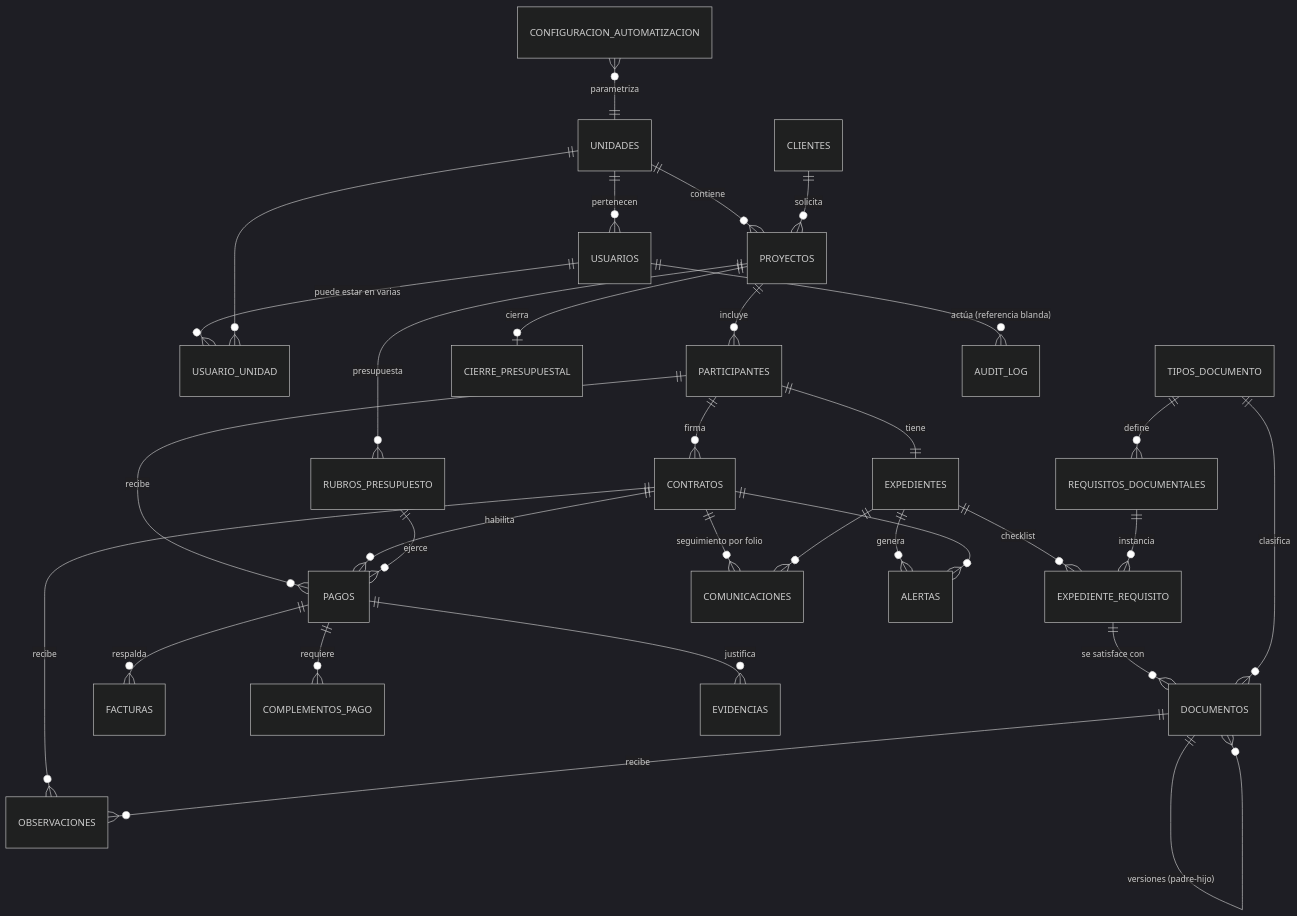
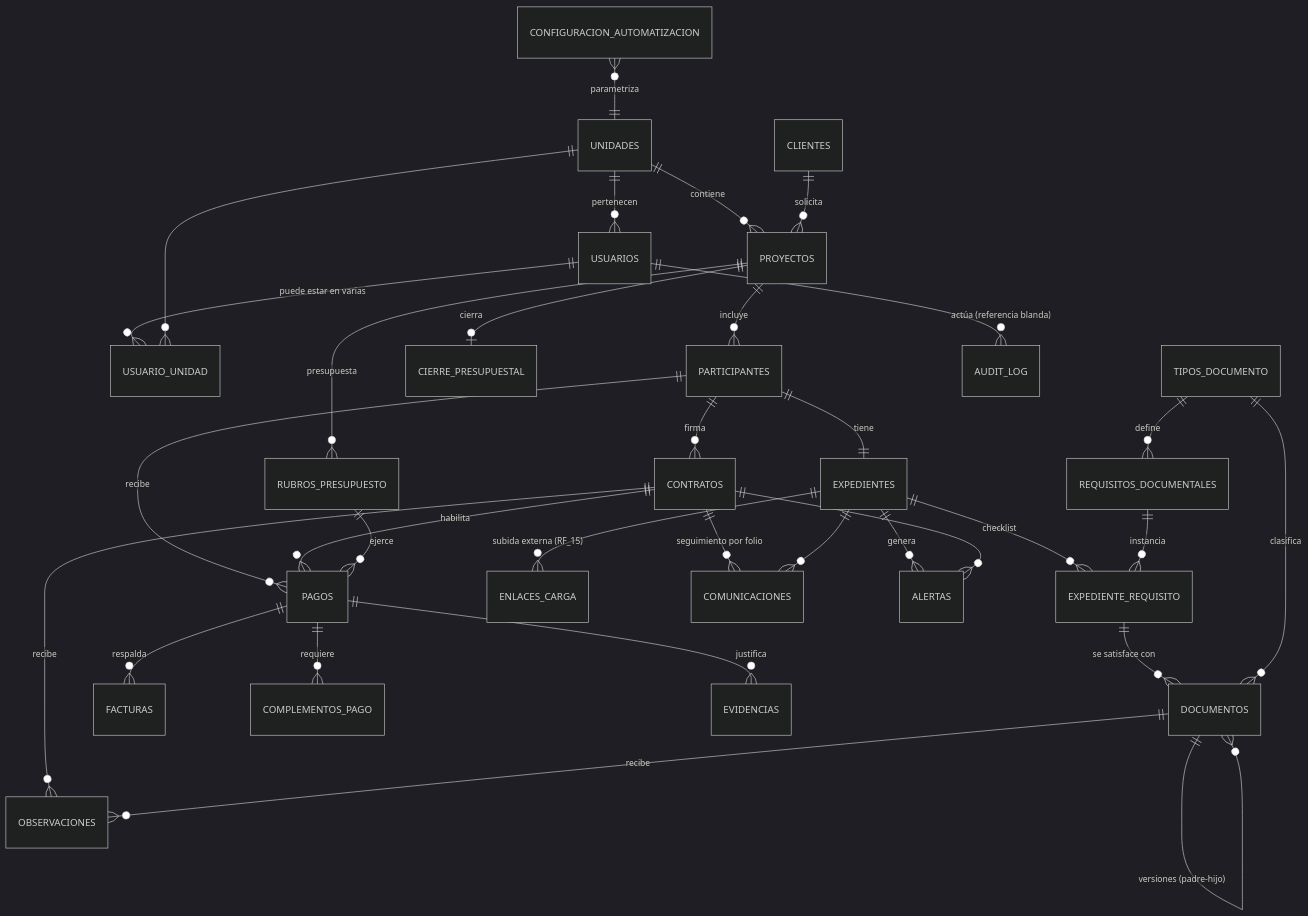
One commit to mirandajuan3007-bit/SistemaOrgananizacion changed the diagram in sistema_organizacion/diseño/modelo_de_datos.md. Above: the diagram before and after it, drawn with Mermaid (dark theme). The commit also changed other lines of this file and 18 other files, not shown here.

````diff
--- a/sistema_organizacion/diseño/modelo_de_datos.md
+++ b/sistema_organizacion/diseño/modelo_de_datos.md
@@ -55,40 +55,41 @@
 ```mermaid
 erDiagram
     UNIDADES ||--o{ USUARIOS : "pertenecen"
     UNIDADES ||--o{ PROYECTOS : "contiene"
     USUARIOS ||--o{ USUARIO_UNIDAD : "puede estar en varias"
     UNIDADES ||--o{ USUARIO_UNIDAD : ""
 
     CLIENTES ||--o{ PROYECTOS : "solicita"
     PROYECTOS ||--o{ PARTICIPANTES : "incluye"
     PROYECTOS ||--o{ RUBROS_PRESUPUESTO : "presupuesta"
     PROYECTOS ||--o| CIERRE_PRESUPUESTAL : "cierra"
 
     PARTICIPANTES ||--|| EXPEDIENTES : "tiene"
     PARTICIPANTES ||--o{ CONTRATOS : "firma"
     PARTICIPANTES ||--o{ PAGOS : "recibe"
 
     EXPEDIENTES ||--o{ EXPEDIENTE_REQUISITO : "checklist"
     TIPOS_DOCUMENTO ||--o{ REQUISITOS_DOCUMENTALES : "define"
     REQUISITOS_DOCUMENTALES ||--o{ EXPEDIENTE_REQUISITO : "instancia"
     EXPEDIENTE_REQUISITO ||--o{ DOCUMENTOS : "se satisface con"
     TIPOS_DOCUMENTO ||--o{ DOCUMENTOS : "clasifica"
     DOCUMENTOS ||--o{ DOCUMENTOS : "versiones (padre-hijo)"
+    EXPEDIENTES ||--o{ ENLACES_CARGA : "subida externa (RF_15)"
 
     CONTRATOS ||--o{ OBSERVACIONES : "recibe"
     DOCUMENTOS ||--o{ OBSERVACIONES : "recibe"
     CONTRATOS ||--o{ COMUNICACIONES : "seguimiento por folio"
     EXPEDIENTES ||--o{ COMUNICACIONES : ""
 
     CONTRATOS ||--o{ PAGOS : "habilita"
     PAGOS ||--o{ FACTURAS : "respalda"
     PAGOS ||--o{ COMPLEMENTOS_PAGO : "requiere"
     PAGOS ||--o{ EVIDENCIAS : "justifica"
     RUBROS_PRESUPUESTO ||--o{ PAGOS : "ejerce"
 
     EXPEDIENTES ||--o{ ALERTAS : "genera"
     CONTRATOS ||--o{ ALERTAS : ""
 
     USUARIOS ||--o{ AUDIT_LOG : "actúa (referencia blanda)"
     CONFIGURACION_AUTOMATIZACION }o--|| UNIDADES : "parametriza"
 ```
````
